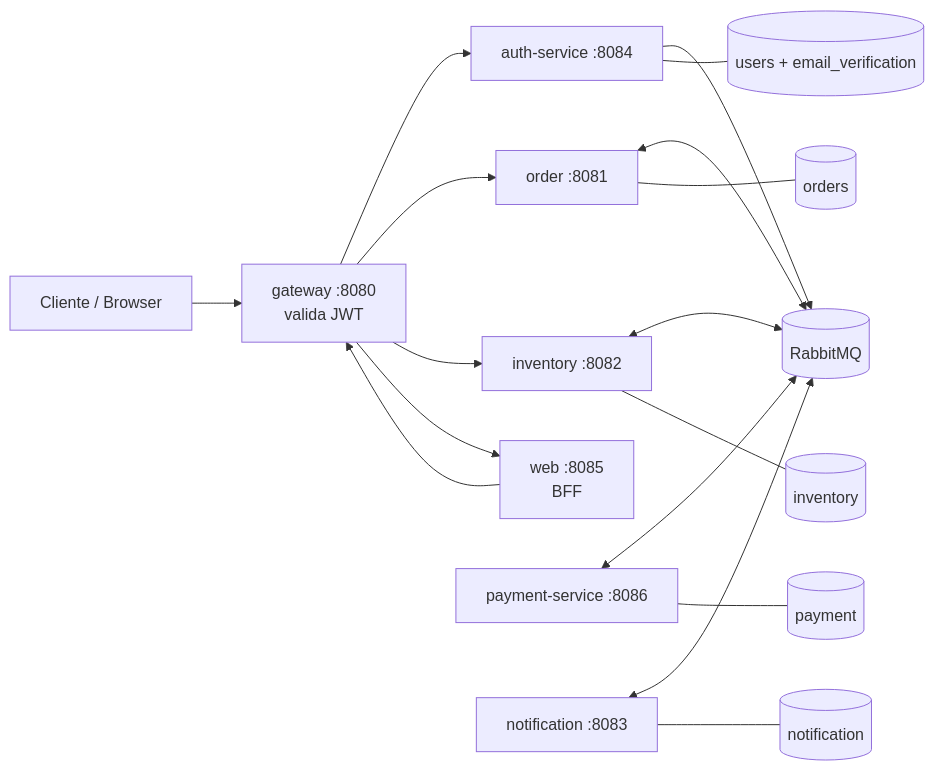
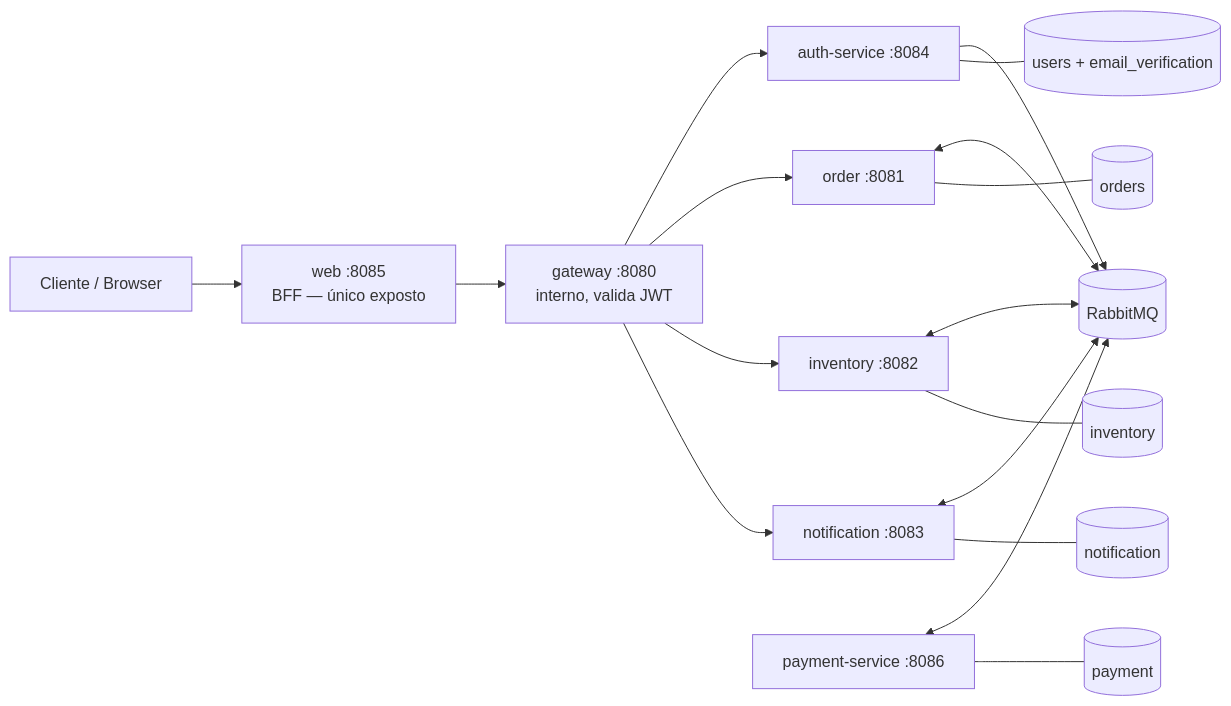
One commit to DevNic0las/order-flow changed the diagram in README.md. Above: the diagram before and after it, drawn with Mermaid. The commit also changed other lines of this file and 2 other files, not shown here.

````diff
--- a/README.md
+++ b/README.md
@@ -24,21 +24,22 @@
 ```mermaid
 flowchart LR
-  Client[Cliente / Browser] --> GW[gateway :8080<br/>valida JWT]
+  Client[Cliente / Browser] --> WEB[web :8085<br/>BFF — único exposto]
+  WEB --> GW[gateway :8080<br/>interno, valida JWT]
+
   GW --> AUTH[auth-service :8084]
   GW --> ORD[order :8081]
   GW --> INV[inventory :8082]
-  GW --> WEB[web :8085<br/>BFF]
-  WEB --> GW
+  GW --> NOT[notification :8083]
 
   ORD <--> MQ[(RabbitMQ)]
   INV <--> MQ
   PAY[payment-service :8086] <--> MQ
-  NOT[notification :8083] <--> MQ
+  NOT <--> MQ
   AUTH --> MQ
 
   ORD --- DB1[(orders)]
   INV --- DB2[(inventory)]
   PAY --- DB3[(payment)]
   NOT --- DB4[(notification)]
   AUTH --- DB5[(users + email_verification)]
 ```
````
